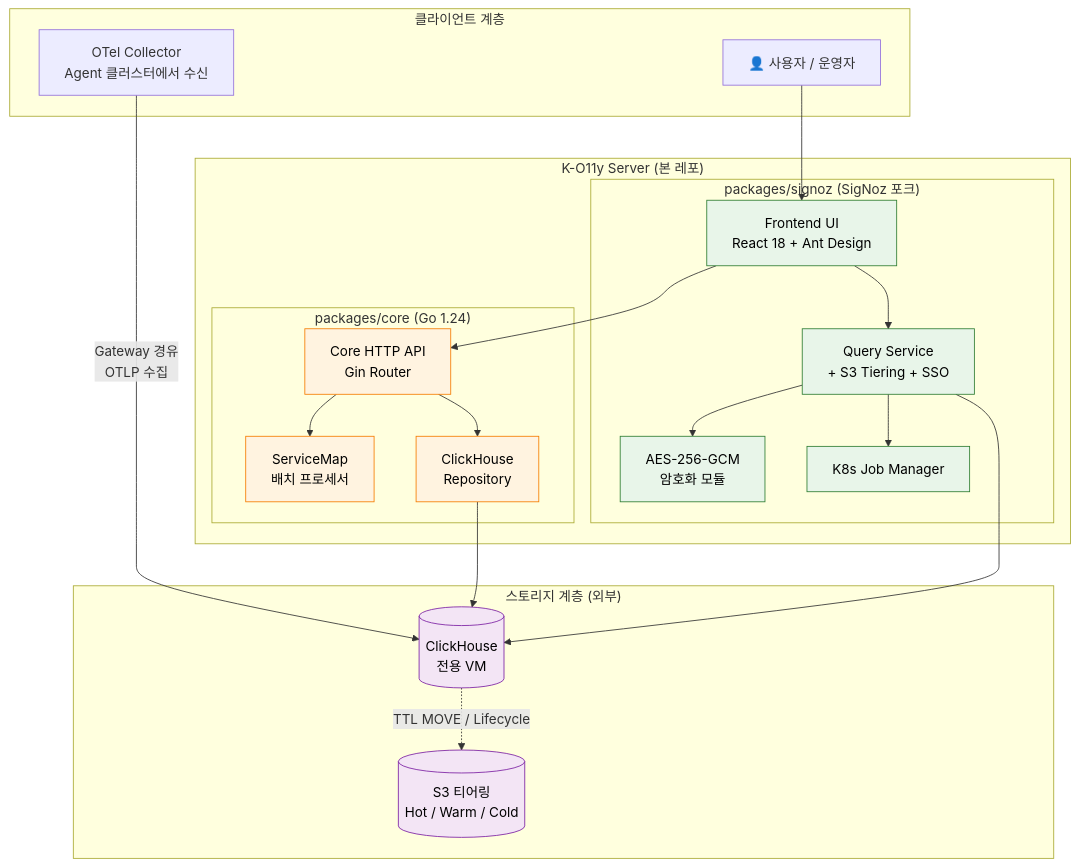
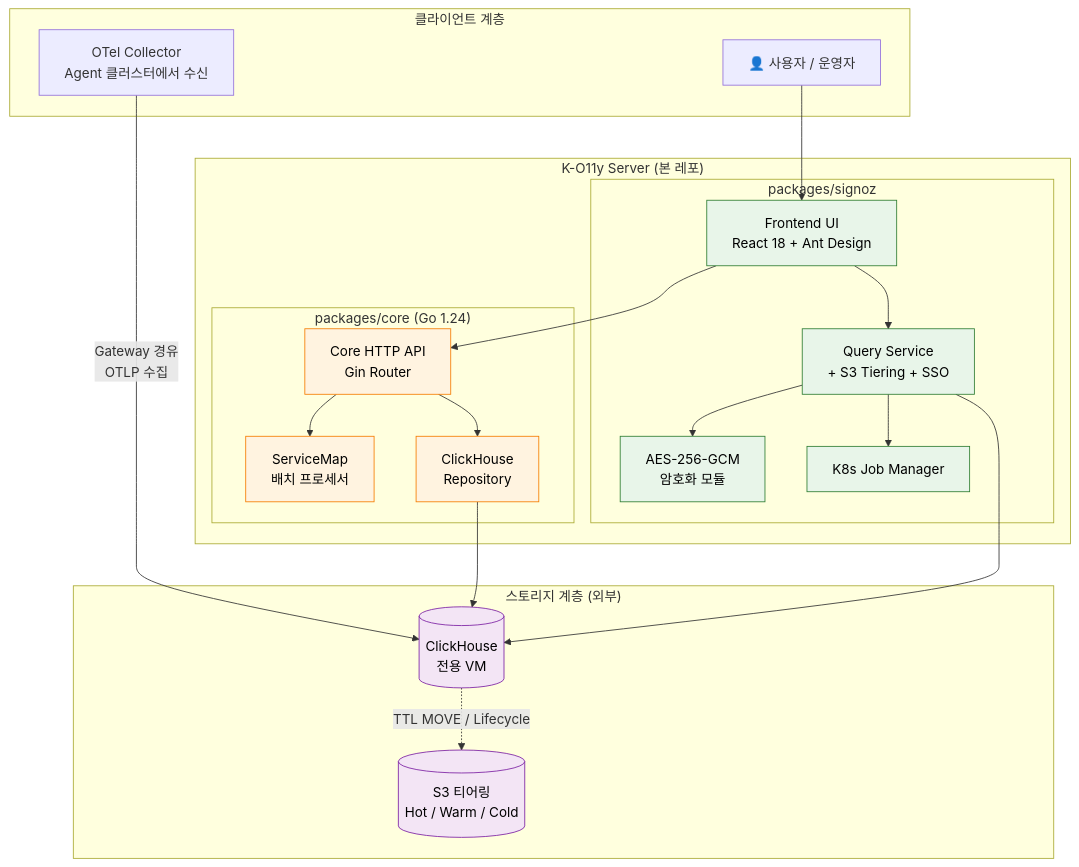
One commit to Wondermove-Inc/k-o11y-server changed the diagram in README.ko.md. Above: the diagram before and after it, drawn with Mermaid. The commit also changed other lines of this file and 1 other file, not shown here.

Commit message:
docs: minimize SigNoz mentions in README (keep license/paths/env vars only)

````diff
--- a/README.ko.md
+++ b/README.ko.md
@@ -39,47 +39,47 @@
 ```mermaid
 flowchart TB
     subgraph Clients["클라이언트 계층"]
         User[👤 사용자 / 운영자]
         OTel[OTel Collector<br/>Agent 클러스터에서 수신]
     end
 
     subgraph Server["K-O11y Server (본 레포)"]
         subgraph CorePkg["packages/core (Go 1.24)"]
             CoreAPI[Core HTTP API<br/>Gin Router]
             BatchProc[ServiceMap<br/>배치 프로세서]
             CoreRepo[ClickHouse<br/>Repository]
         end
 
-        subgraph SigNozPkg["packages/signoz (SigNoz 포크)"]
+        subgraph SigNozPkg["packages/signoz"]
             Frontend[Frontend UI<br/>React 18 + Ant Design]
             QueryService[Query Service<br/>+ S3 Tiering + SSO]
             Crypto[AES-256-GCM<br/>암호화 모듈]
             K8sJob[K8s Job Manager]
         end
 
         Frontend --> QueryService
         Frontend --> CoreAPI
         CoreAPI --> BatchProc
         CoreAPI --> CoreRepo
         QueryService --> Crypto
         QueryService --> K8sJob
     end
 
     subgraph Storage["스토리지 계층 (외부)"]
         CH[(ClickHouse<br/>전용 VM)]
         S3[(S3 티어링<br/>Hot / Warm / Cold)]
     end
 
     User --> Frontend
     OTel -->|Gateway 경유<br/>OTLP 수집| CH
     CoreRepo --> CH
     QueryService --> CH
     CH -.TTL MOVE / Lifecycle.-> S3
 
     classDef core fill:#fff3e0,stroke:#f57c00,color:#000
     classDef signoz fill:#e8f5e9,stroke:#2e7d32,color:#000
     classDef storage fill:#f3e5f5,stroke:#7b1fa2,color:#000
     class CoreAPI,BatchProc,CoreRepo core
     class Frontend,QueryService,Crypto,K8sJob signoz
     class CH,S3 storage
 ```
````
